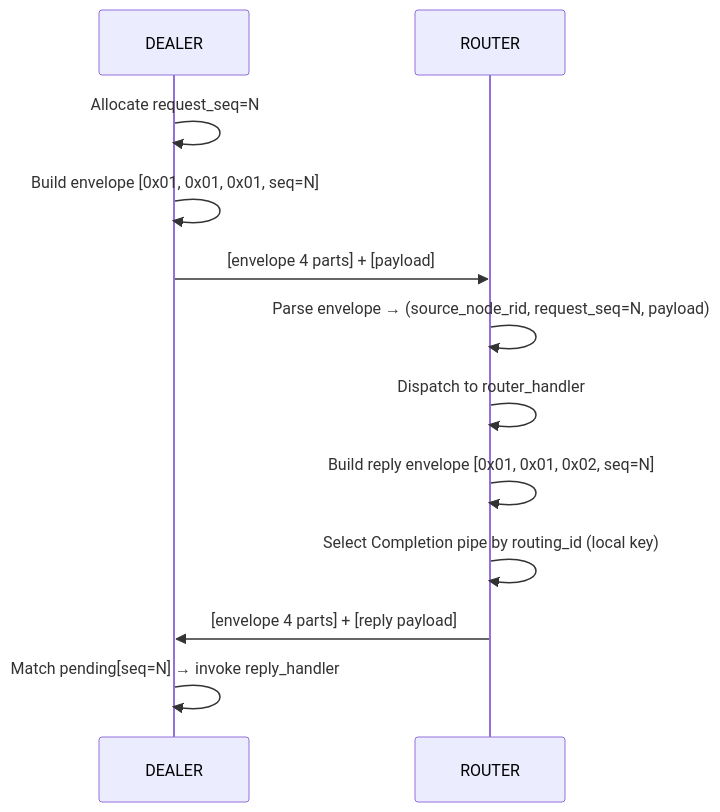
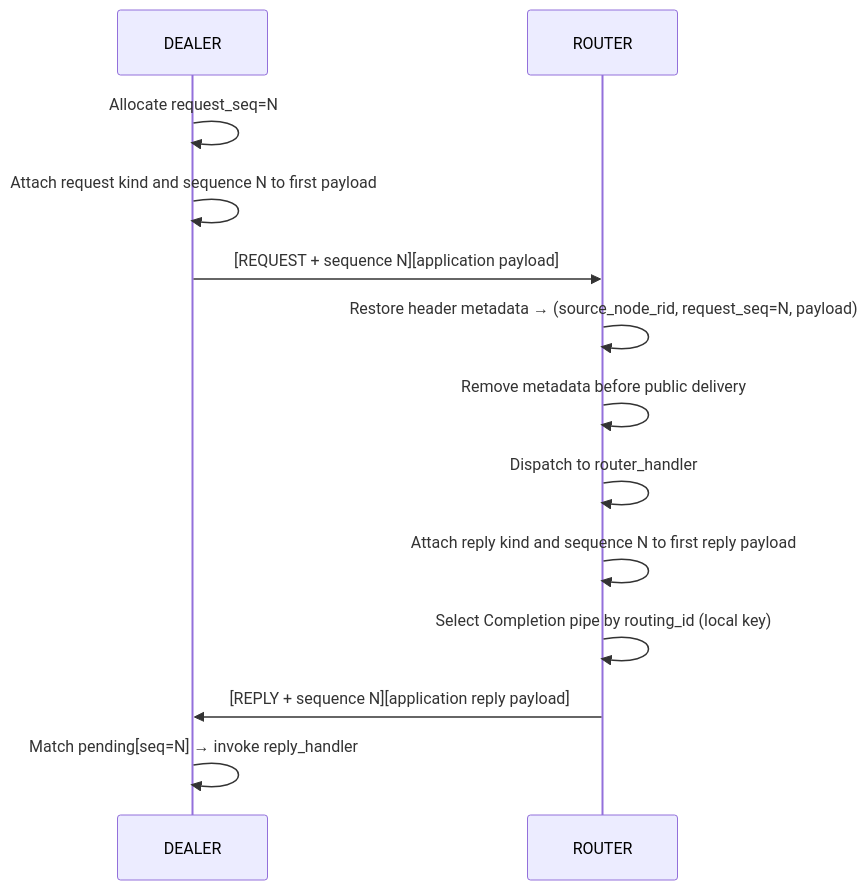
One commit to zlink-systems/zlink changed the second of 2 diagrams in core/doc/spec/core/protocol/01-zmp.en.md. Above: the diagram before and after it, drawn with Mermaid. The commit also changed other lines of this file and 101 other files, not shown here.

Commit message:
feat(core): move request-reply metadata into ZMP headers

````diff
--- a/core/doc/spec/core/protocol/01-zmp.en.md
+++ b/core/doc/spec/core/protocol/01-zmp.en.md
@@ -204,15 +229,16 @@
 ```mermaid
 sequenceDiagram
     participant D as DEALER
     participant R as ROUTER
 
     D->>D: Allocate request_seq=N
-    D->>D: Build envelope [0x01, 0x01, 0x01, seq=N]
-    D->>R: [envelope 4 parts] + [payload]
-    R->>R: Parse envelope → (source_node_rid, request_seq=N, payload)
+    D->>D: Attach request kind and sequence N to first payload
+    D->>R: [REQUEST + sequence N][application payload]
+    R->>R: Restore header metadata → (source_node_rid, request_seq=N, payload)
+    R->>R: Remove metadata before public delivery
     R->>R: Dispatch to router_handler
-    R->>R: Build reply envelope [0x01, 0x01, 0x02, seq=N]
+    R->>R: Attach reply kind and sequence N to first reply payload
     R->>R: Select Completion pipe by routing_id (local key)
-    R->>D: [envelope 4 parts] + [reply payload]
+    R->>D: [REPLY + sequence N][application reply payload]
     D->>D: Match pending[seq=N] → invoke reply_handler
 ```
````
